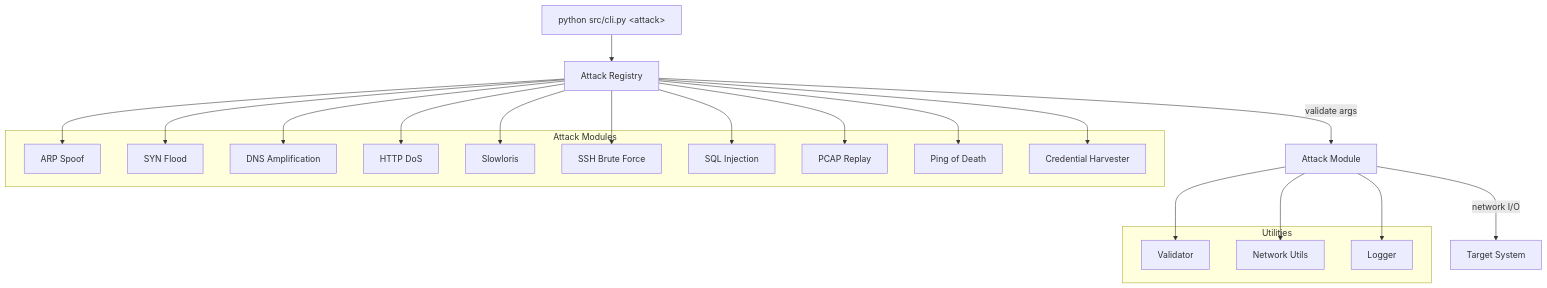
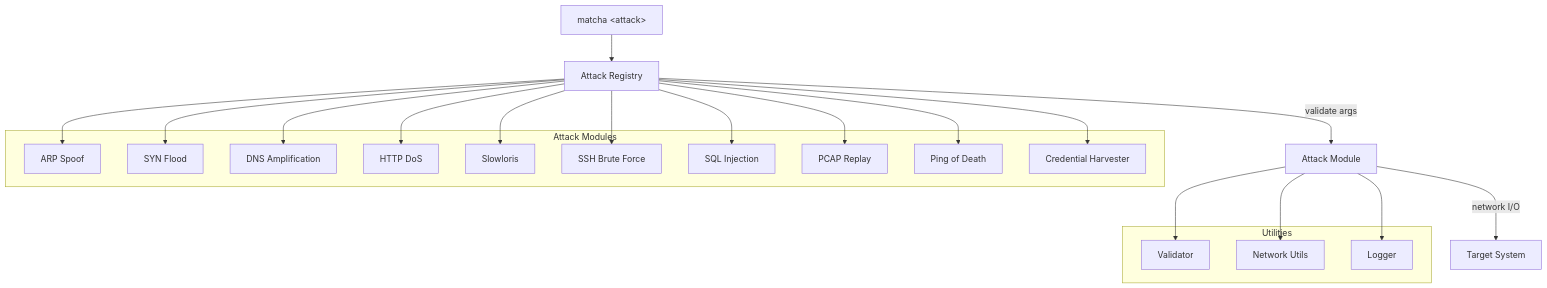
Before and after one commit to Montimage/mmt-attacker: the diagram in README.md, drawn with Mermaid. The commit also changed other lines of this file, not shown here.

First line of the commit message:
docs: update README with matcha CLI usage (#20)

````diff
--- a/README.md
+++ b/README.md
@@ -18,30 +18,30 @@
 ```mermaid
 graph TD
-    CLI["python src/cli.py &lt;attack&gt;"]
+    CLI["matcha &lt;attack&gt;"]
     CLI --> Registry["Attack Registry"]
     Registry --> |"validate args"| Attack["Attack Module"]
     Attack --> |"network I/O"| Target["Target System"]
 
     subgraph Attack Modules
         ARP["ARP Spoof"]
         SYN["SYN Flood"]
         DNS["DNS Amplification"]
         HTTP["HTTP DoS"]
         SLOW["Slowloris"]
         SSH["SSH Brute Force"]
         SQL["SQL Injection"]
         PCAP["PCAP Replay"]
         PING["Ping of Death"]
         CRED["Credential Harvester"]
     end
 
     Registry --> ARP & SYN & DNS & HTTP & SLOW & SSH & SQL & PCAP & PING & CRED
 
     subgraph Utilities
         VAL["Validator"]
         NET["Network Utils"]
         LOG["Logger"]
     end
 
     Attack --> VAL & NET & LOG
 ```
````
